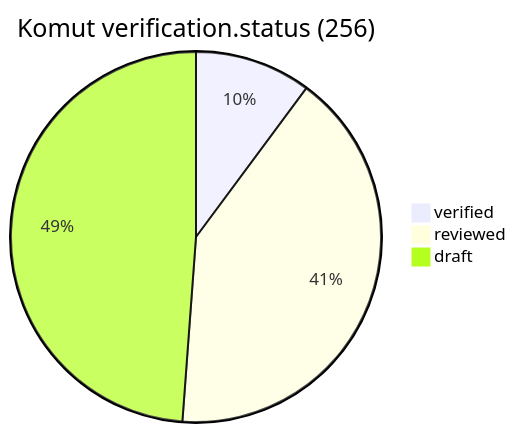
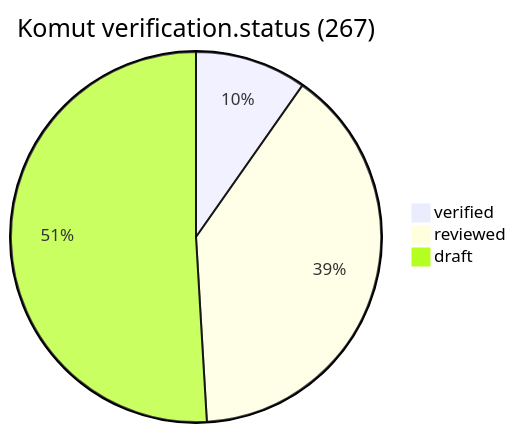
One commit to Teknoloji-Filozoflari/Nova-Commands changed the first of 8 diagrams in README.tr.md. Above: the diagram before and after it, drawn with Mermaid. The commit also changed other lines of this file and 51 other files, not shown here.

````diff
--- a/README.tr.md
+++ b/README.tr.md
@@ -51,6 +51,6 @@
 ```mermaid
-pie title Komut verification.status (256)
+pie title Komut verification.status (267)
   "verified" : 26
   "reviewed" : 105
-  "draft" : 125
+  "draft" : 136
 ```
````
